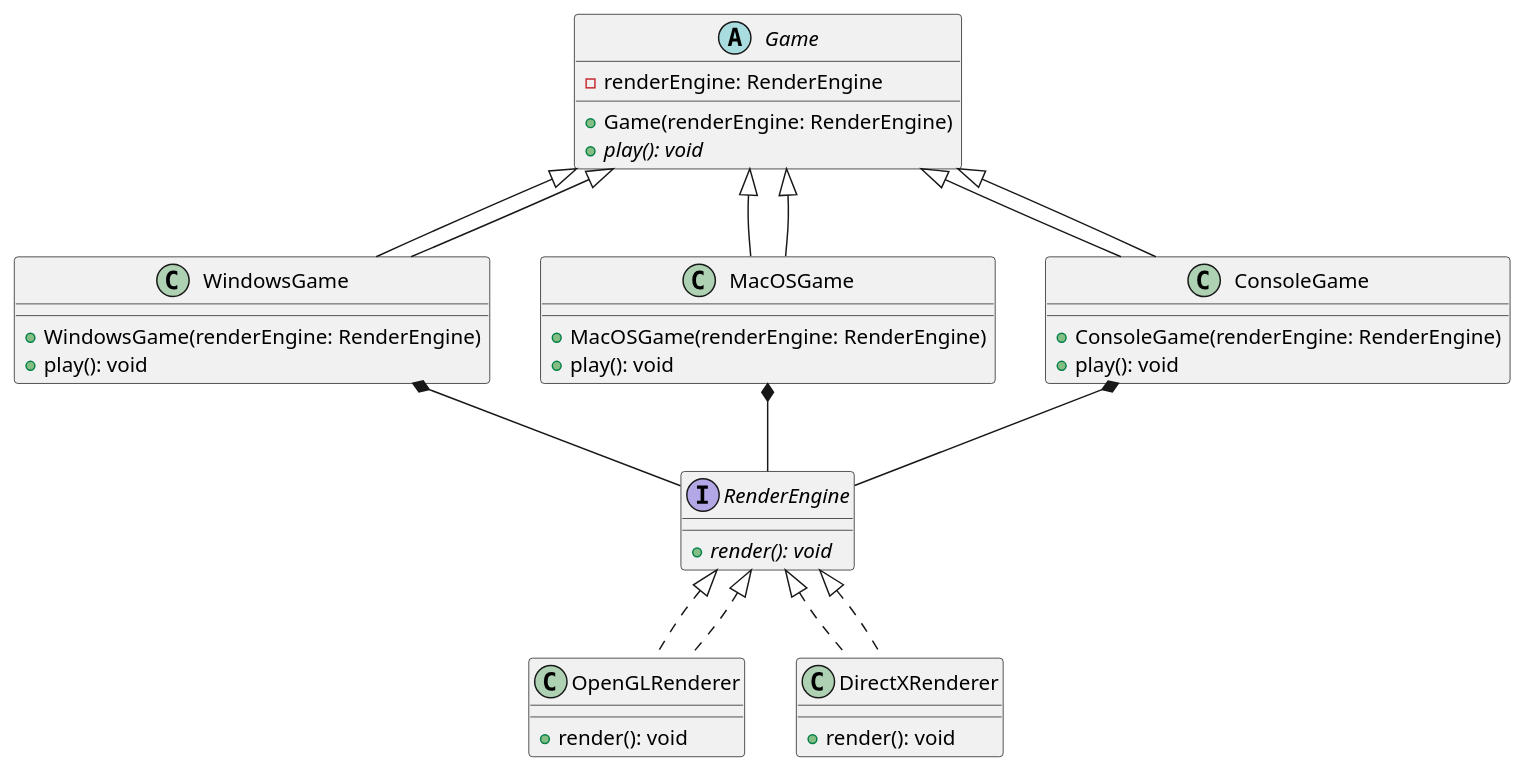
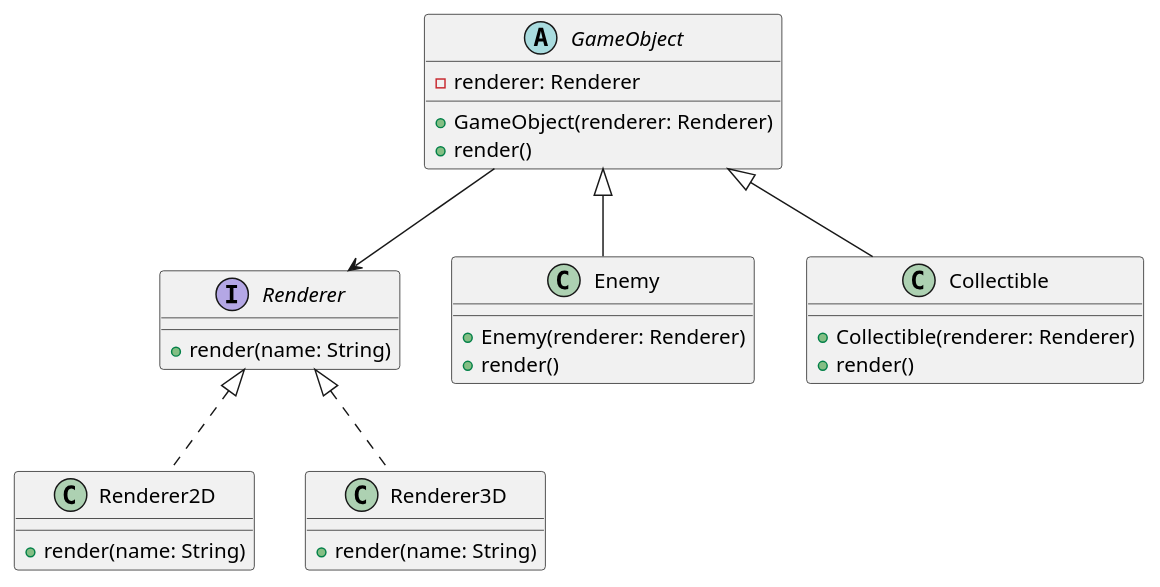
Before and after one commit to project-survivor/documentation: the diagram in UML/Bridge/bridge.plantuml, drawn with PlantUML. The commit also changed 6 other files, not shown here.

```diff
--- a/UML/Bridge/bridge.plantuml
+++ b/UML/Bridge/bridge.plantuml
@@ -1,47 +1,34 @@
 @startuml
-hide footbox
 
-interface RenderEngine {
-    {abstract} +render(): void
+interface Renderer {
+    + render(name: String)
 }
 
-class OpenGLRenderer implements RenderEngine {
-    +render(): void
+class Renderer2D implements Renderer {
+    + render(name: String)
 }
 
-class DirectXRenderer implements RenderEngine {
-    +render(): void
+class Renderer3D implements Renderer {
+    + render(name: String)
 }
 
-abstract class Game {
-    -renderEngine: RenderEngine
-    +Game(renderEngine: RenderEngine)
-    {abstract} +play(): void
+abstract class GameObject {
+    - renderer: Renderer
+    + GameObject(renderer: Renderer)
+    + render()
 }
 
-class WindowsGame extends Game {
-    +WindowsGame(renderEngine: RenderEngine)
-    +play(): void
+
+class Enemy extends GameObject {
+    + Enemy(renderer: Renderer)
+    + render()
 }
 
-class MacOSGame extends Game {
-    +MacOSGame(renderEngine: RenderEngine)
-    +play(): void
+class Collectible extends GameObject {
+    + Collectible(renderer: Renderer)
+    + render()
 }
 
-class ConsoleGame extends Game {
-    +ConsoleGame(renderEngine: RenderEngine)
-    +play(): void
-}
-
-RenderEngine <|.. OpenGLRenderer
-RenderEngine <|.. DirectXRenderer
-Game <|-- WindowsGame
-Game <|-- MacOSGame
-Game <|-- ConsoleGame
-
-WindowsGame *-- RenderEngine
-MacOSGame *-- RenderEngine
-ConsoleGame *-- RenderEngine
+GameObject --> Renderer
 
 @enduml
```
